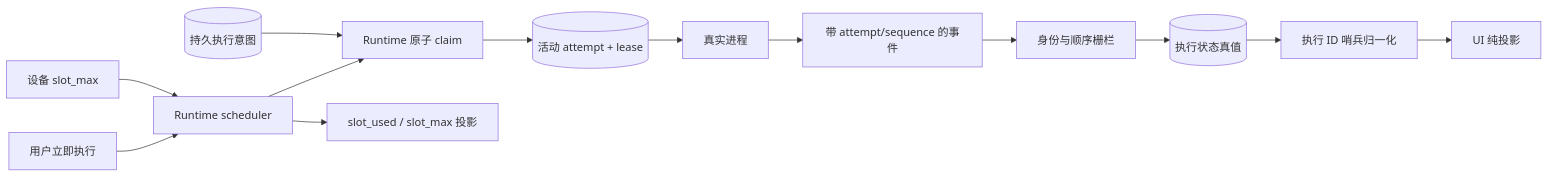
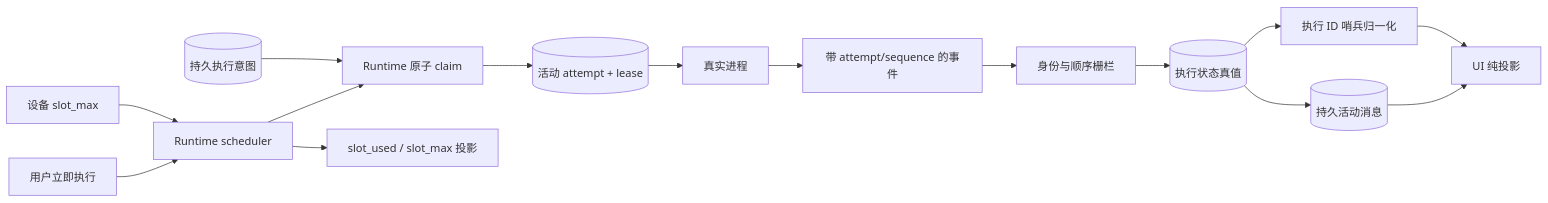
The first of 2 diagrams in docs/zh/architecture/project-execution-state.md (wecode-ai/Wegent), drawn with Mermaid before and after one commit. The commit also changed other lines of this file and 27 other files, not shown here.

````diff
--- a/docs/zh/architecture/project-execution-state.md
+++ b/docs/zh/architecture/project-execution-state.md
@@ -9,16 +9,18 @@
 ```mermaid
 flowchart LR
     INTENT[(持久执行意图)] --> CLAIM[Runtime 原子 claim]
     CLAIM --> ACTIVE[(活动 attempt + lease)]
     ACTIVE --> PROCESS[真实进程]
     PROCESS --> EVENT[带 attempt/sequence 的事件]
     EVENT --> FENCE[身份与顺序栅栏]
     FENCE --> TRUTH[(执行状态真值)]
     TRUTH --> NORMALIZE[执行 ID 哨兵归一化]
     NORMALIZE --> VIEW
+    TRUTH --> ACTIVITY[(持久活动消息)]
+    ACTIVITY --> VIEW
     VIEW[UI 纯投影]
     SETTINGS[设备 slot_max] --> SCHEDULER[Runtime scheduler]
     RUN_NOW[用户立即执行] --> SCHEDULER
     SCHEDULER --> CLAIM
     SCHEDULER --> CAPACITY[slot_used / slot_max 投影]
 ```
````
